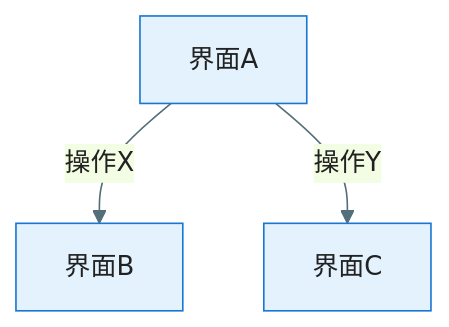
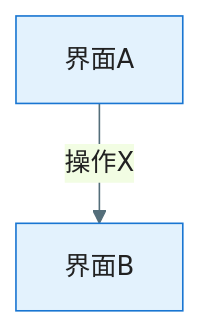
One commit to jackykarma/Verity changed the diagram in .specify/templates/ux-design-template.md. Above: the diagram before and after it, drawn with Mermaid. The commit also changed other lines of this file and 25 other files, not shown here.

````diff
--- a/.specify/templates/ux-design-template.md
+++ b/.specify/templates/ux-design-template.md
@@ -51,10 +53,8 @@
 ```mermaid
 %%{init: {'theme': 'base', 'themeVariables': { 'primaryColor': '#E3F2FD', 'primaryTextColor': '#212121', 'primaryBorderColor': '#1976D2', 'lineColor': '#546E7A'}}}%%
 flowchart TD
     ScreenA["界面A"] -->|"操作X"| ScreenB["界面B"]
-    ScreenA -->|"操作Y"| ScreenC["界面C"]
 
     style ScreenA fill:#E3F2FD,stroke:#1976D2
     style ScreenB fill:#E3F2FD,stroke:#1976D2
-    style ScreenC fill:#E3F2FD,stroke:#1976D2
 ```
````
